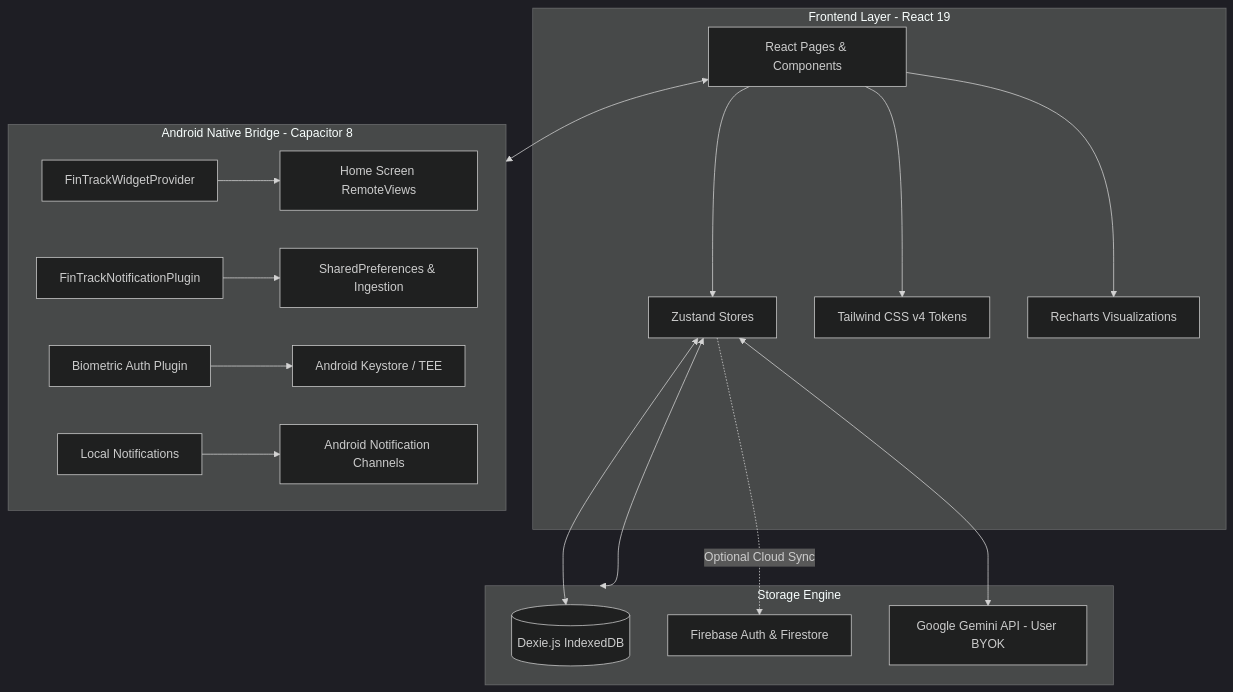
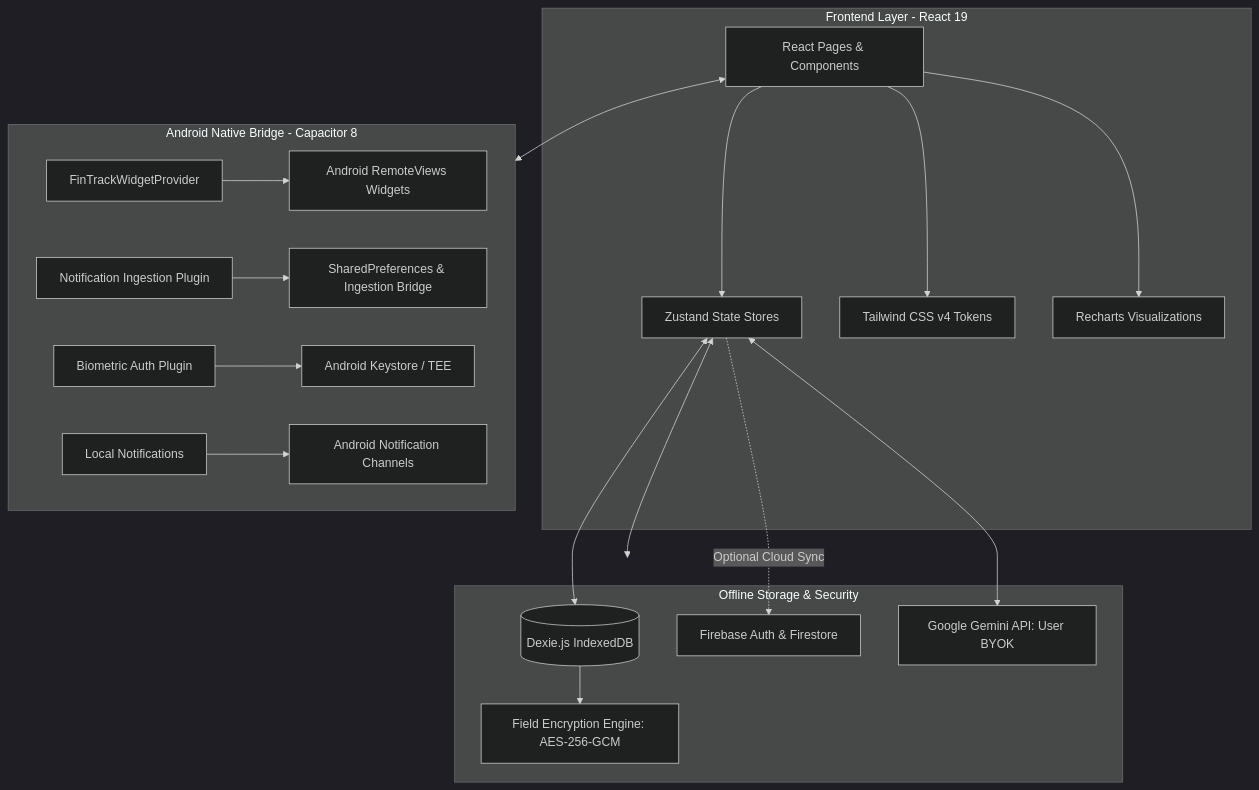
The diagram in README.md (Flynarch/finansial-tracker), drawn with Mermaid (dark theme) before and after one commit. The commit also changed other lines of this file, not shown here.

````diff
--- a/README.md
+++ b/README.md
@@ -160,24 +122,25 @@
 ```mermaid
 flowchart TD
     subgraph UI_Layer [Frontend Layer - React 19]
-        A[React Pages & Components] --> B[Zustand Stores]
+        A[React Pages & Components] --> B[Zustand State Stores]
         A --> C[Tailwind CSS v4 Tokens]
         A --> D[Recharts Visualizations]
     end
 
-    subgraph Native_Layer [Android Native Bridge - Capacitor 8]
-        E[FinTrackWidgetProvider] --> I[Home Screen RemoteViews]
-        F[FinTrackNotificationPlugin] --> J[SharedPreferences & Ingestion]
+    subgraph Native_Bridge [Android Native Bridge - Capacitor 8]
+        E[FinTrackWidgetProvider] --> I[Android RemoteViews Widgets]
+        F[Notification Ingestion Plugin] --> J[SharedPreferences & Ingestion Bridge]
         G[Biometric Auth Plugin] --> K[Android Keystore / TEE]
         H[Local Notifications] --> L[Android Notification Channels]
     end
 
-    subgraph Storage_Layer [Storage Engine]
+    subgraph Storage_Layer [Offline Storage & Security]
         B <--> M[(Dexie.js IndexedDB)]
+        M --> P[Field Encryption Engine: AES-256-GCM]
         B -. Optional Cloud Sync .-> N[Firebase Auth & Firestore]
-        B <--> O[Google Gemini API - User BYOK]
+        B <--> O[Google Gemini API: User BYOK]
     end
 
-    A <--> Native_Layer
+    A <--> Native_Bridge
     B <--> Storage_Layer
 ```
````
